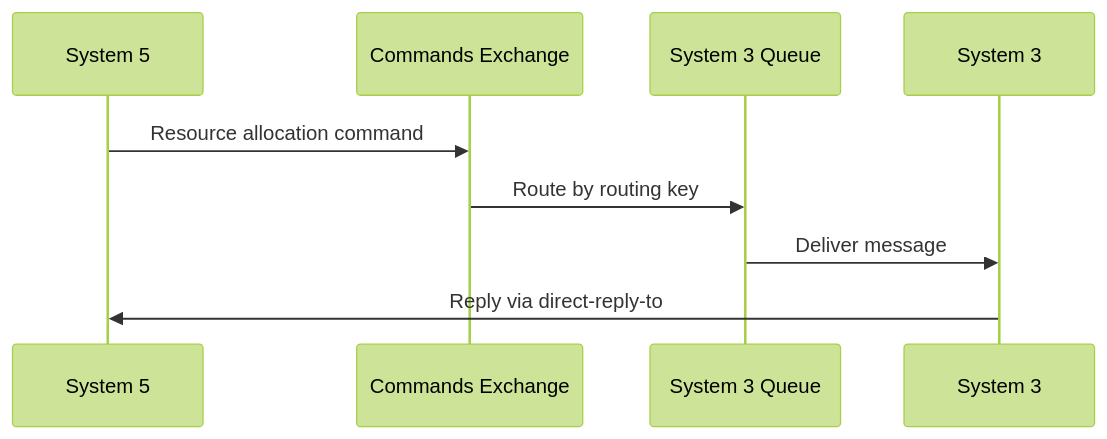
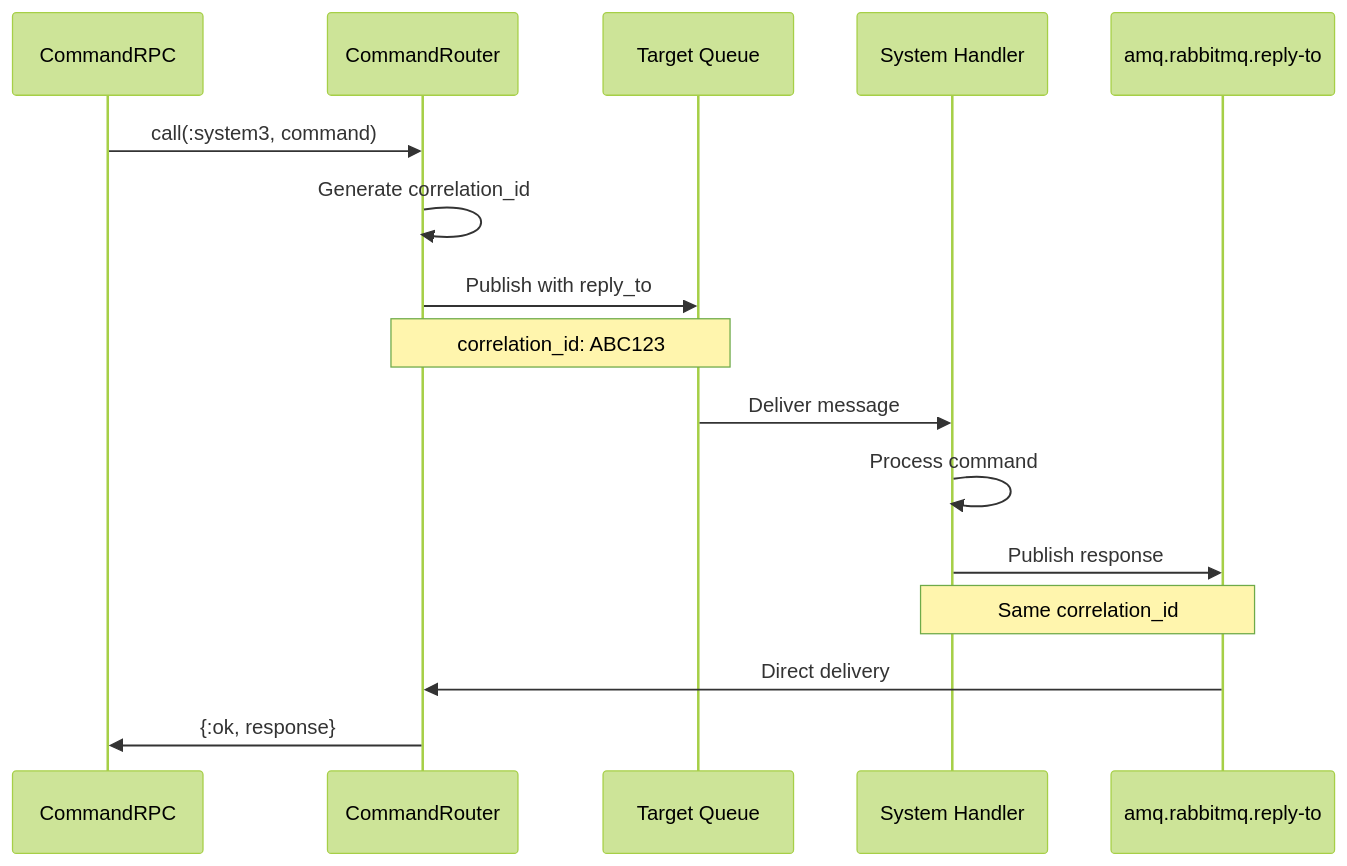
The third of 3 diagrams in docs/diagrams/02_amqp_topology.md (jmanhype/vsm-phoenix-app), drawn with Mermaid (forest theme) before and after one commit. The commit also changed other lines of this file and 8 other files, not shown here.

First line of the commit message:
Merge all actual diagrams into original files and remove duplicates

````diff
--- a/docs/diagrams/02_amqp_topology.md
+++ b/docs/diagrams/02_amqp_topology.md
@@ -110,12 +197,22 @@
 ```mermaid
 sequenceDiagram
-    participant S5 as System 5
-    participant CmdEx as Commands Exchange
-    participant S3Q as System 3 Queue
-    participant S3 as System 3
+    participant Client as CommandRPC
+    participant Router as CommandRouter
+    participant Queue as Target Queue
+    participant Handler as System Handler
+    participant Reply as amq.rabbitmq.reply-to
 
-    S5->>CmdEx: Resource allocation command
-    CmdEx->>S3Q: Route by routing key
-    S3Q->>S3: Deliver message
-    S3->>S5: Reply via direct-reply-to
+    Client->>Router: call(:system3, command)
+    Router->>Router: Generate correlation_id
+    
+    Router->>Queue: Publish with reply_to
+    Note over Router,Queue: correlation_id: ABC123
+    
+    Queue->>Handler: Deliver message
+    Handler->>Handler: Process command
+    Handler->>Reply: Publish response
+    Note over Handler,Reply: Same correlation_id
+    
+    Reply->>Router: Direct delivery
+    Router->>Client: {:ok, response}
 ```
````
